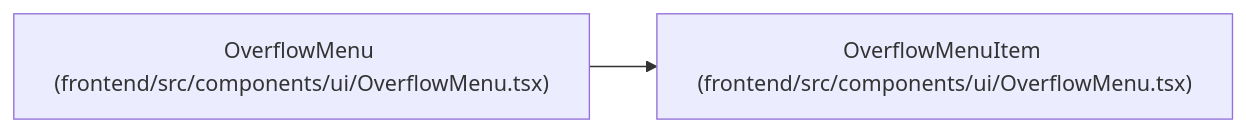
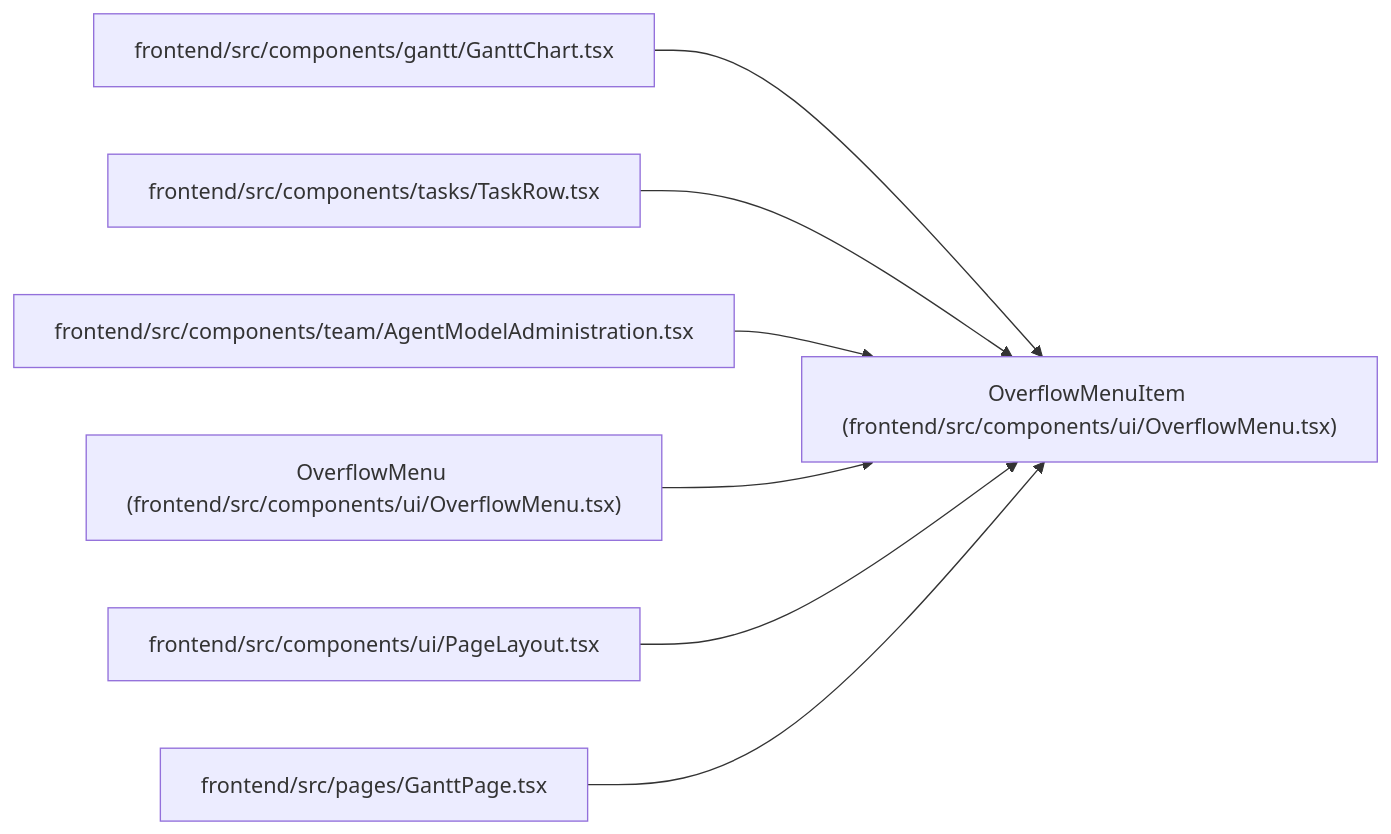
One commit to Denissvgn/WorkChord changed the diagram in docs/llm_wiki/entities/OverflowMenuItem.md. Above: the diagram before and after it, drawn with Mermaid. The commit also changed other lines of this file and 2373 other files, not shown here.

````diff
--- a/docs/llm_wiki/entities/OverflowMenuItem.md
+++ b/docs/llm_wiki/entities/OverflowMenuItem.md
@@ -34,8 +34,23 @@
 ```mermaid
 flowchart LR
     n0["OverflowMenuItem (frontend/src/components/ui/OverflowMenu.tsx)"]
-    n1["OverflowMenu (frontend/src/components/ui/OverflowMenu.tsx)"]
+    n1["frontend/src/components/gantt/GanttChart.tsx"]
+    n2["frontend/src/components/tasks/TaskRow.tsx"]
+    n3["frontend/src/components/team/AgentModelAdministration.tsx"]
+    n4["OverflowMenu (frontend/src/components/ui/OverflowMenu.tsx)"]
+    n5["frontend/src/components/ui/PageLayout.tsx"]
+    n6["frontend/src/pages/GanttPage.tsx"]
     n1 --> n0
+    n2 --> n0
+    n3 --> n0
+    n4 --> n0
+    n5 --> n0
+    n6 --> n0
     click n0 "../modules/OverflowMenu.md"
-    click n1 "../modules/OverflowMenu.md"
+    click n1 "../modules/GanttChart.md"
+    click n2 "../modules/TaskRow.md"
+    click n3 "../modules/AgentModelAdministration.md"
+    click n4 "../modules/OverflowMenu.md"
+    click n5 "../modules/PageLayout.md"
+    click n6 "../modules/GanttPage.md"
 ```
````
